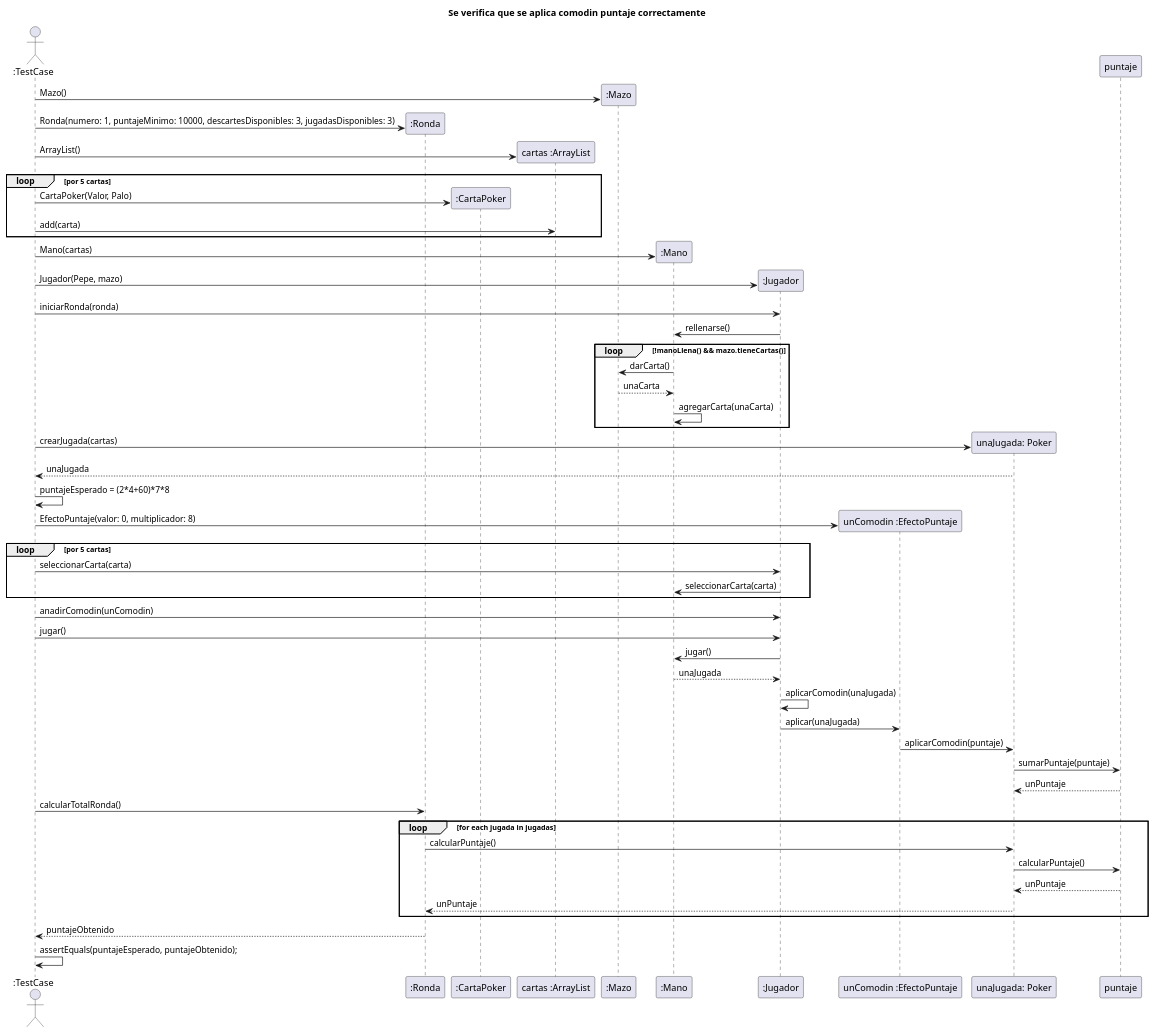
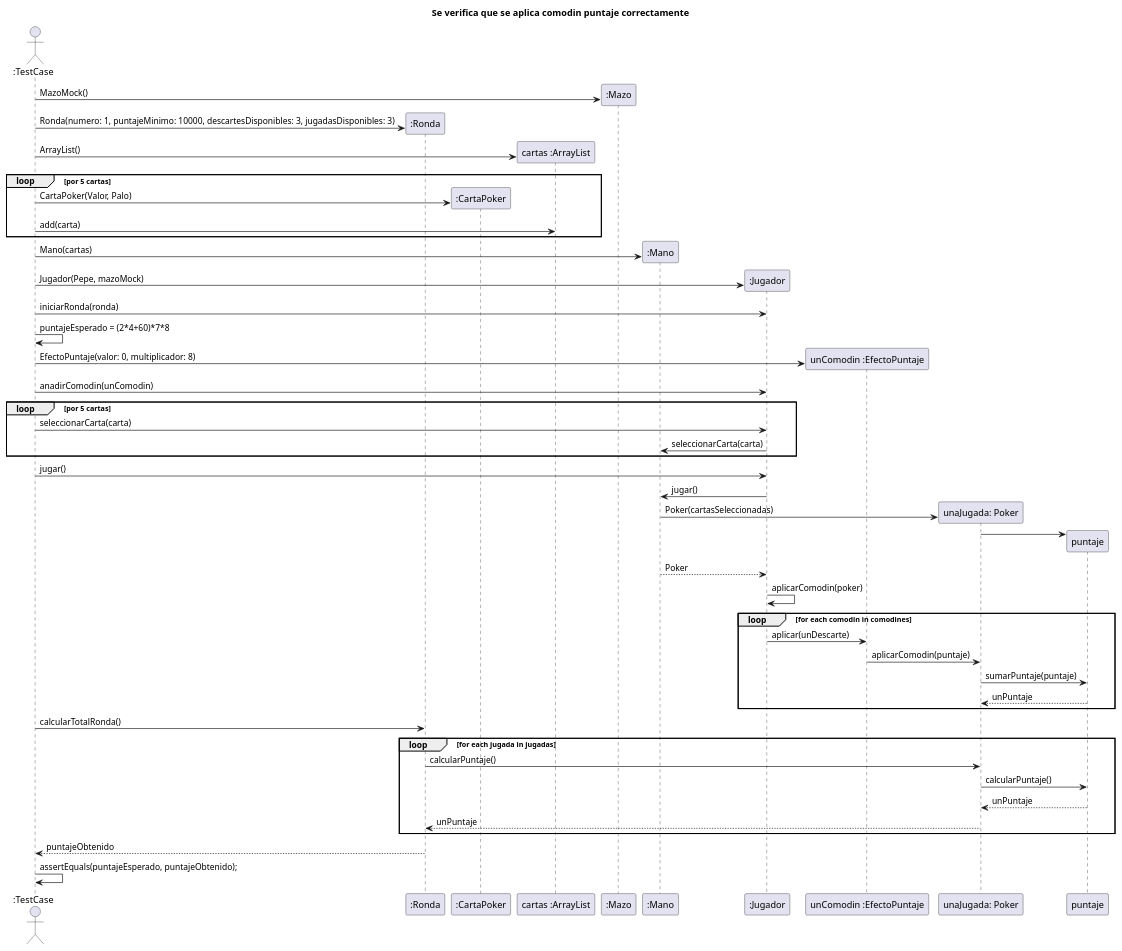
Before and after one commit to carruizdiaz1109/UBAlatro: the diagram in diagrams/sequences/Entrega2/test02.puml, drawn with PlantUML. The commit also changed 8 other files, not shown here.

Commit message:
Modificacion diagramas de secuencia

```diff
--- a/diagrams/sequences/Entrega2/test02.puml
+++ b/diagrams/sequences/Entrega2/test02.puml
@@ -1,67 +1,64 @@
 @startuml
 'https://plantuml.com/sequence-diagram
 
 title Se verifica que se aplica comodin puntaje correctamente
 
 actor ":TestCase" as user
 participant ":Ronda" as ronda
 participant ":CartaPoker" as carta
 participant "cartas :ArrayList" as lista
 participant ":Mazo" as mazo
 participant ":Mano" as mano
 participant ":Jugador" as jugador
 participant "unComodin :EfectoPuntaje" as comodin
 participant "unaJugada: Poker" as jugada
-user -> mazo**: Mazo()
+
+user -> mazo**: MazoMock()
 user -> ronda**: Ronda(numero: 1, puntajeMinimo: 10000, descartesDisponibles: 3, jugadasDisponibles: 3)
 user -> lista**: ArrayList()
 
 loop por 5 cartas
 user -> carta**: CartaPoker(Valor, Palo)
 user -> lista: add(carta)
 end
 
 user -> mano**: Mano(cartas)
 
-user -> jugador**: Jugador(Pepe, mazo)
+user -> jugador**: Jugador(Pepe, mazoMock)
 user -> jugador: iniciarRonda(ronda)
-    jugador -> mano: rellenarse()
-        loop !manoLlena() && mazo.tieneCartas()
-            mano -> mazo: darCarta()
-            mazo --> mano: unaCarta
-            mano -> mano: agregarCarta(unaCarta)
-        end
-
-user -> jugada**: crearJugada(cartas)
-jugada --> user: unaJugada
-
 user -> user: puntajeEsperado = (2*4+60)*7*8
 
 user -> comodin**: EfectoPuntaje(valor: 0, multiplicador: 8)
+user -> jugador: anadirComodin(unComodin)
 
 loop por 5 cartas
 user -> jugador: seleccionarCarta(carta)
 jugador -> mano: seleccionarCarta(carta)
 end
 
-user -> jugador: anadirComodin(unComodin)
 user -> jugador: jugar()
-    jugador -> mano: jugar()
-    mano --> jugador: unaJugada
-    jugador -> jugador: aplicarComodin(unaJugada)
-    jugador -> comodin: aplicar(unaJugada)
+jugador -> mano: jugar()
+mano -> jugada**: Poker(cartasSeleccionadas)
+jugada -> puntaje**
+mano --> jugador: Poker
+jugador -> jugador: aplicarComodin(poker)
+
+loop for each comodin in comodines
+    jugador -> comodin: aplicar(unDescarte)
     comodin -> jugada: aplicarComodin(puntaje)
     jugada -> puntaje: sumarPuntaje(puntaje)
     puntaje --> jugada: unPuntaje
+end
+
 user -> ronda: calcularTotalRonda()
 loop for each jugada in jugadas
     ronda -> jugada: calcularPuntaje()
         jugada -> puntaje: calcularPuntaje()
         puntaje --> jugada: unPuntaje
     jugada --> ronda: unPuntaje
 end
 ronda --> user: puntajeObtenido
 
 user -> user: assertEquals(puntajeEsperado, puntajeObtenido);
 
 @enduml
```
